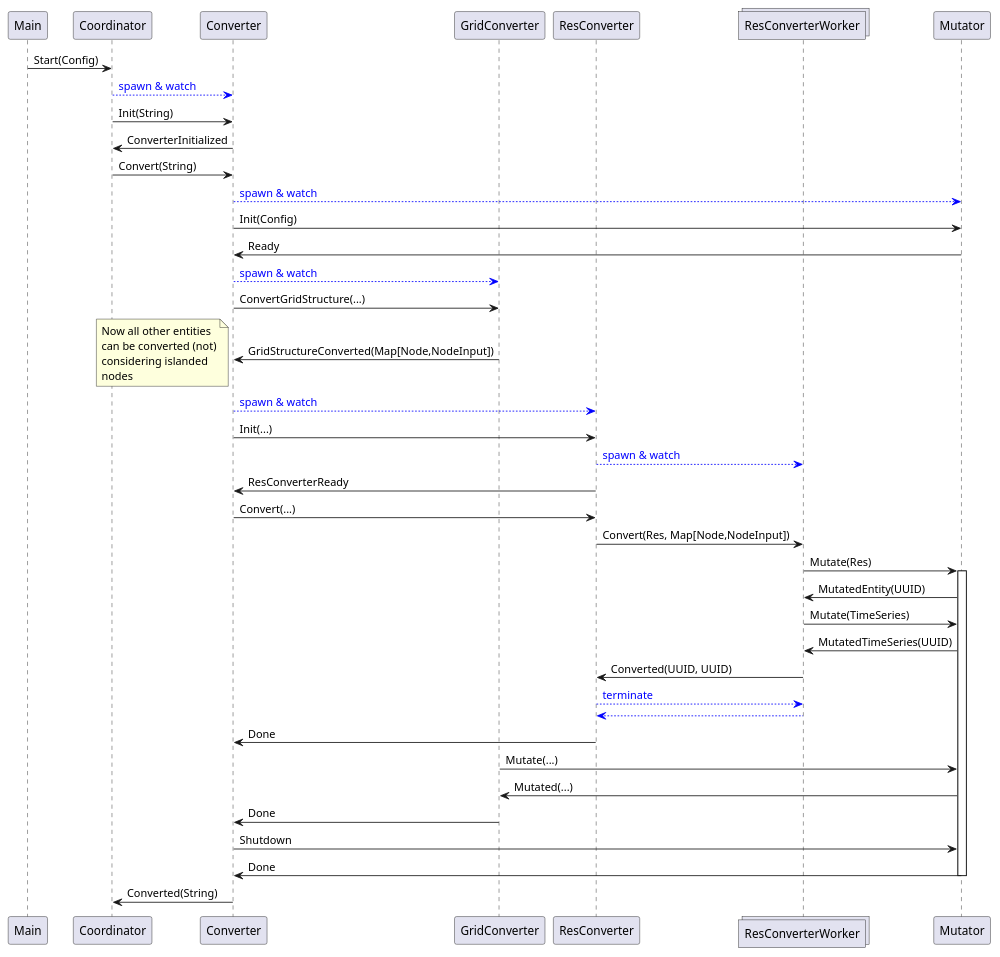
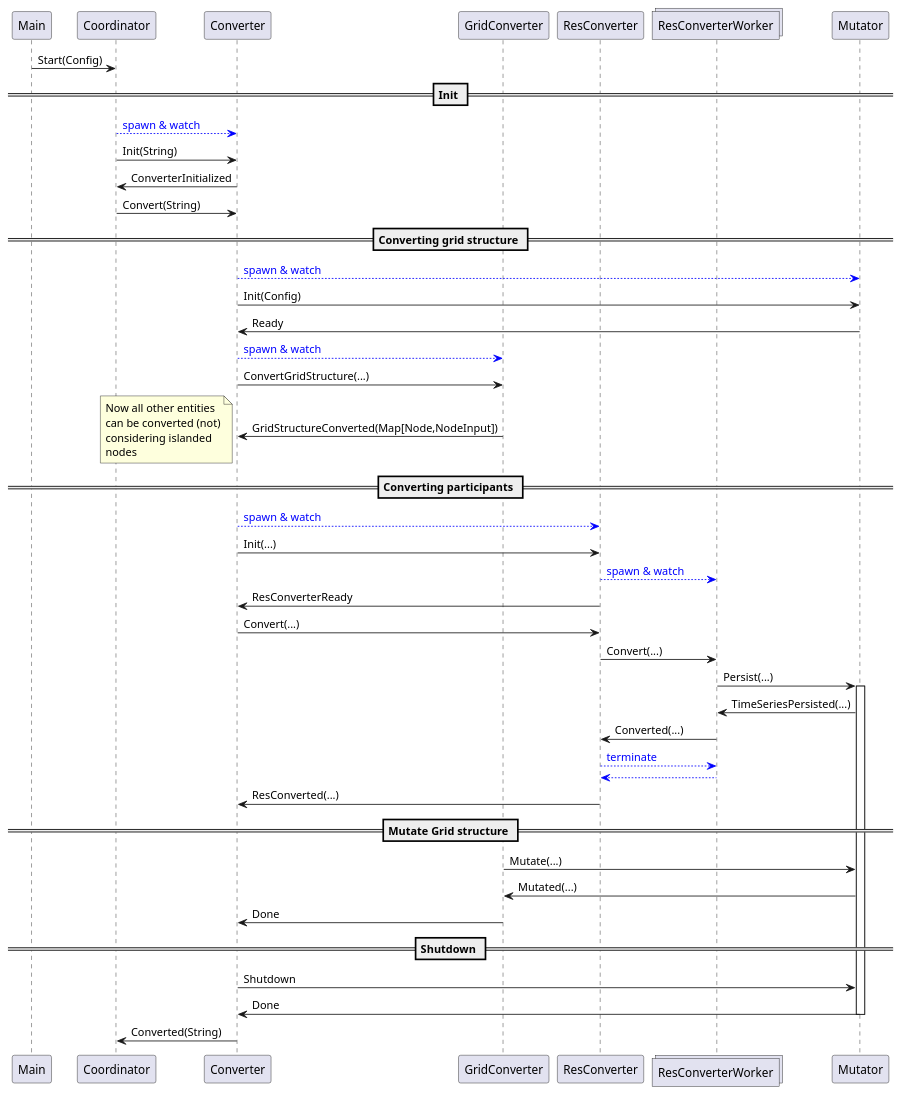
One commit to ie3-institute/simBench2psdm changed the diagram in docs/diagrams/protocol/protocol.puml. Above: the diagram before and after it, drawn with PlantUML. The commit also changed 4 other files, not shown here.

Commit message:
Convert and write time series

```diff
--- a/docs/diagrams/protocol/protocol.puml
+++ b/docs/diagrams/protocol/protocol.puml
@@ -1,49 +1,53 @@
 @startuml
 
 participant Main
 participant Coordinator
 participant Converter
 participant GridConverter
 participant ResConverter
 collections ResConverterWorker
 participant Mutator
 
 Main -> Coordinator: Start(Config)
+== Init ==
 Coordinator --[#blue]> Converter: <font color=blue>spawn & watch</font>
 Coordinator -> Converter: Init(String)
 Coordinator <- Converter: ConverterInitialized
 Coordinator -> Converter: Convert(String)
+
+== Converting grid structure ==
 Converter --[#blue]> Mutator: <font color=blue>spawn & watch</font>
 Converter -> Mutator: Init(Config)
 Converter <- Mutator: Ready
 Converter --[#blue]> GridConverter: <font color=blue>spawn & watch</font>
 Converter -> GridConverter: ConvertGridStructure(...)
 Converter <- GridConverter: GridStructureConverted(Map[Node,NodeInput])
 note left: Now all other entities\ncan be converted (not)\nconsidering islanded\nnodes
 
+== Converting participants ==
 Converter --[#blue]> ResConverter: <font color=blue>spawn & watch</font>
 Converter -> ResConverter: Init(...)
 ResConverter --[#blue]> ResConverterWorker:  <font color=blue>spawn & watch</font>
 Converter <- ResConverter: ResConverterReady
 Converter -> ResConverter: Convert(...)
-ResConverter -> ResConverterWorker: Convert(Res, Map[Node,NodeInput])
-ResConverterWorker -> Mutator: Mutate(Res)
+ResConverter -> ResConverterWorker: Convert(...)
+ResConverterWorker -> Mutator: Persist(...)
 activate Mutator
-ResConverterWorker <- Mutator: MutatedEntity(UUID)
-ResConverterWorker -> Mutator: Mutate(TimeSeries)
-ResConverterWorker <- Mutator: MutatedTimeSeries(UUID)
-ResConverter <- ResConverterWorker: Converted(UUID, UUID)
+ResConverterWorker <- Mutator: TimeSeriesPersisted(...)
+ResConverter <- ResConverterWorker: Converted(...)
 ResConverter --[#blue]> ResConverterWorker: <font color=blue>terminate</font>
 ResConverter <--[#blue] ResConverterWorker
-Converter <- ResConverter: Done
+Converter <- ResConverter: ResConverted(...)
 
+== Mutate Grid structure ==
 GridConverter -> Mutator: Mutate(...)
 GridConverter <- Mutator: Mutated(...)
 Converter <- GridConverter: Done
 
+== Shutdown ==
 Converter -> Mutator: Shutdown
 Converter <- Mutator: Done
 deactivate Mutator
 
 Coordinator <- Converter: Converted(String)
 @enduml
```
